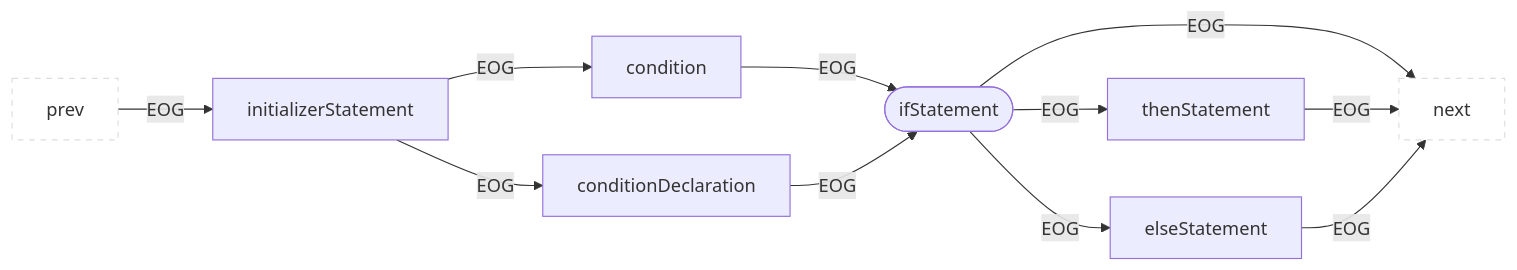
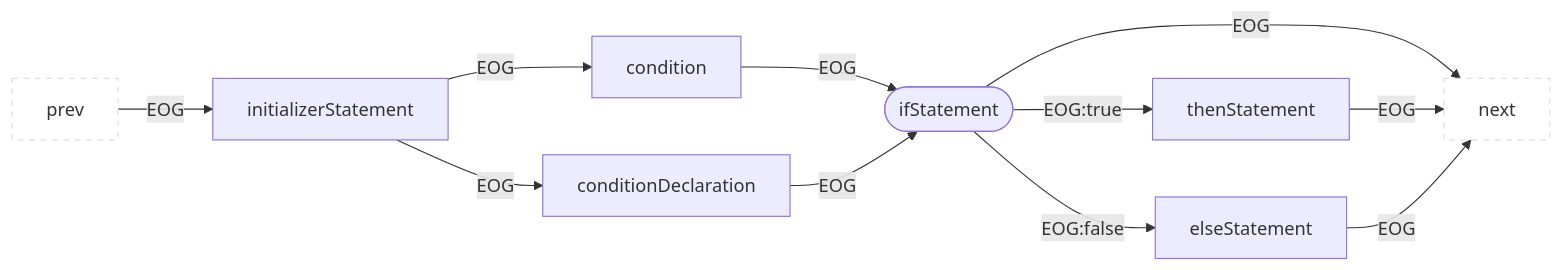
One commit to Fraunhofer-AISEC/cpg changed diagram 35 of 36 in cpg-core/specifications/eog.md. Above: the diagram before and after it, drawn with Mermaid. The commit also changed other lines of this file, not shown here.

````diff
--- a/cpg-core/specifications/eog.md
+++ b/cpg-core/specifications/eog.md
@@ -475,15 +475,15 @@
 ```mermaid
 flowchart LR
   classDef outer fill:#fff,stroke:#ddd,stroke-dasharray:5 5;
   prev:::outer --EOG--> child1["initializerStatement"]
   child1 --EOG--> child2["condition"]
   child1 --EOG--> child3["conditionDeclaration"]
   child2 --EOG--> parent
   child3 --EOG--> parent
-  parent(["ifStatement"]) --EOG--> child4["thenStatement"]
-  parent --EOG--> child5["elseStatement"]
+  parent(["ifStatement"]) --EOG:true--> child4["thenStatement"]
+  parent --EOG:false--> child5["elseStatement"]
   parent --EOG--> next:::outer
   child4 --EOG--> next:::outer
   child5 --EOG--> next:::outer
 
 ```
````
